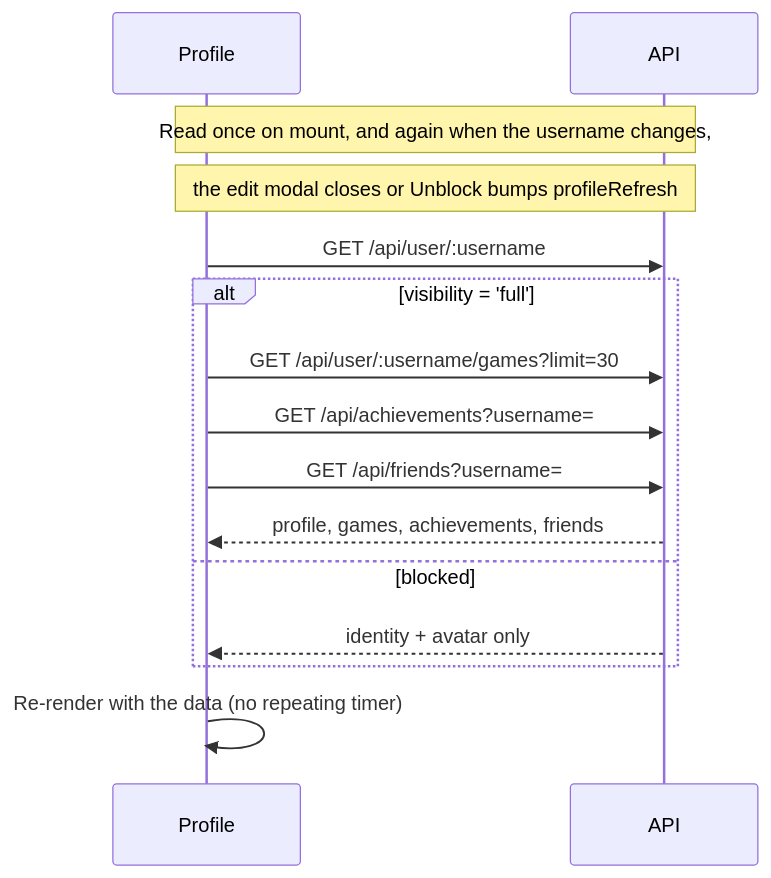
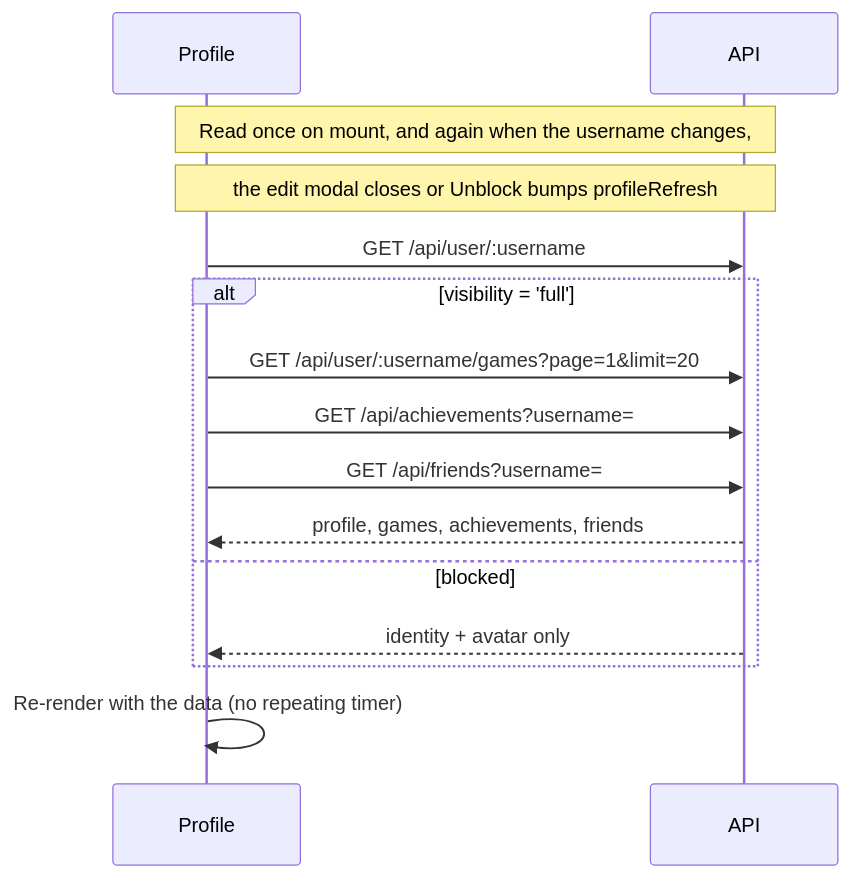
Before and after one commit to IrmaJoKerr/ft_transcendence-ludo: the second of 2 diagrams in docs/frontend/frontend-profile-module.md, drawn with Mermaid. The commit also changed other lines of this file and 37 other files, not shown here.

````diff
--- a/docs/frontend/frontend-profile-module.md
+++ b/docs/frontend/frontend-profile-module.md
@@ -166,18 +191,18 @@
 ```mermaid
 sequenceDiagram
     participant Profile
     participant API
 
     Note over Profile,API: Read once on mount, and again when the username changes,
     Note over Profile,API: the edit modal closes or Unblock bumps profileRefresh
     Profile->>API: GET /api/user/:username
     alt visibility = 'full'
-        Profile->>API: GET /api/user/:username/games?limit=30
+        Profile->>API: GET /api/user/:username/games?page=1&limit=20
         Profile->>API: GET /api/achievements?username=
         Profile->>API: GET /api/friends?username=
         API-->>Profile: profile, games, achievements, friends
     else blocked
         API-->>Profile: identity + avatar only
     end
     Profile->>Profile: Re-render with the data (no repeating timer)
 ```
````
